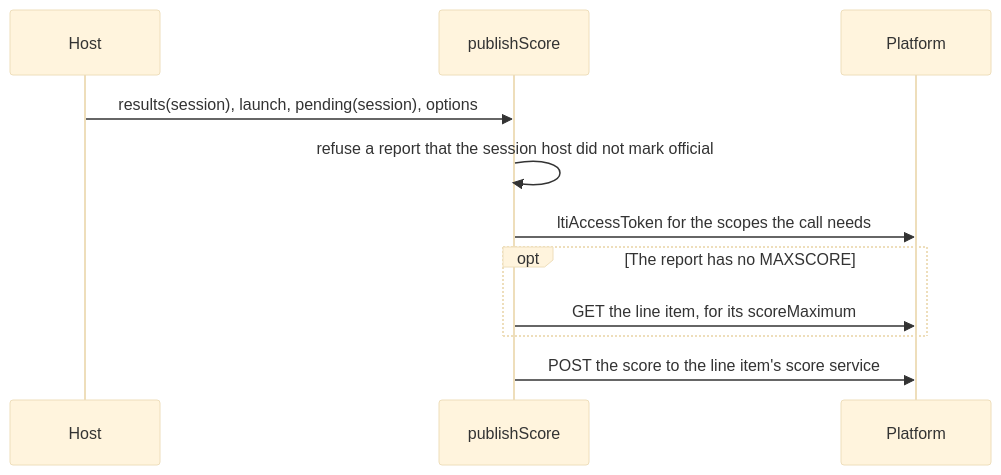
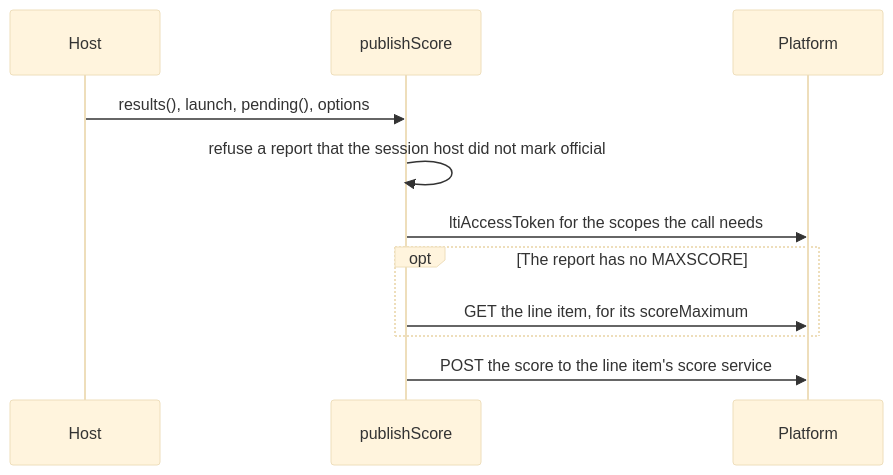
The second of 2 diagrams in docs/player/lti.md (assesskit/assesskit), drawn with Mermaid (base theme) before and after one commit. The commit also changed other lines of this file and 20 other files, not shown here.

````diff
--- a/docs/player/lti.md
+++ b/docs/player/lti.md
@@ -288,13 +288,13 @@
 ```mermaid
 sequenceDiagram
   participant H as Host
   participant T as publishScore
   participant P as Platform
-  H->>T: results(session), launch, pending(session), options
+  H->>T: results(), launch, pending(), options
   T->>T: refuse a report that the session host did not mark official
   T->>P: ltiAccessToken for the scopes the call needs
   opt The report has no MAXSCORE
     T->>P: GET the line item, for its scoreMaximum
   end
   T->>P: POST the score to the line item's score service
 ```
````
